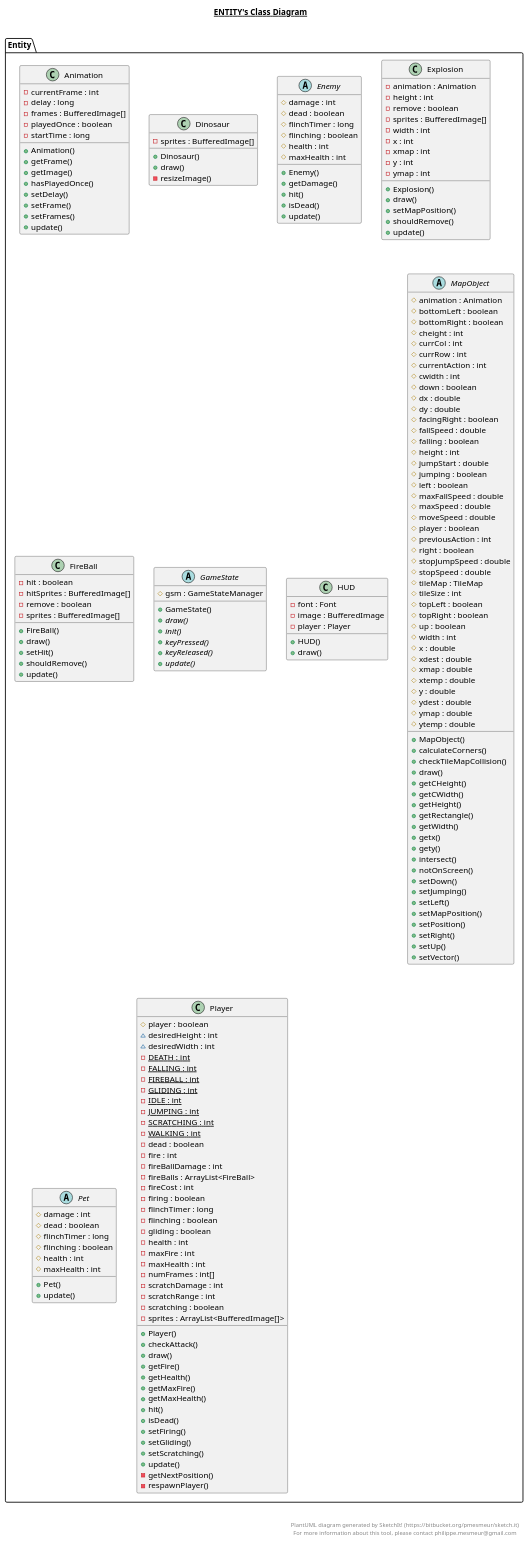
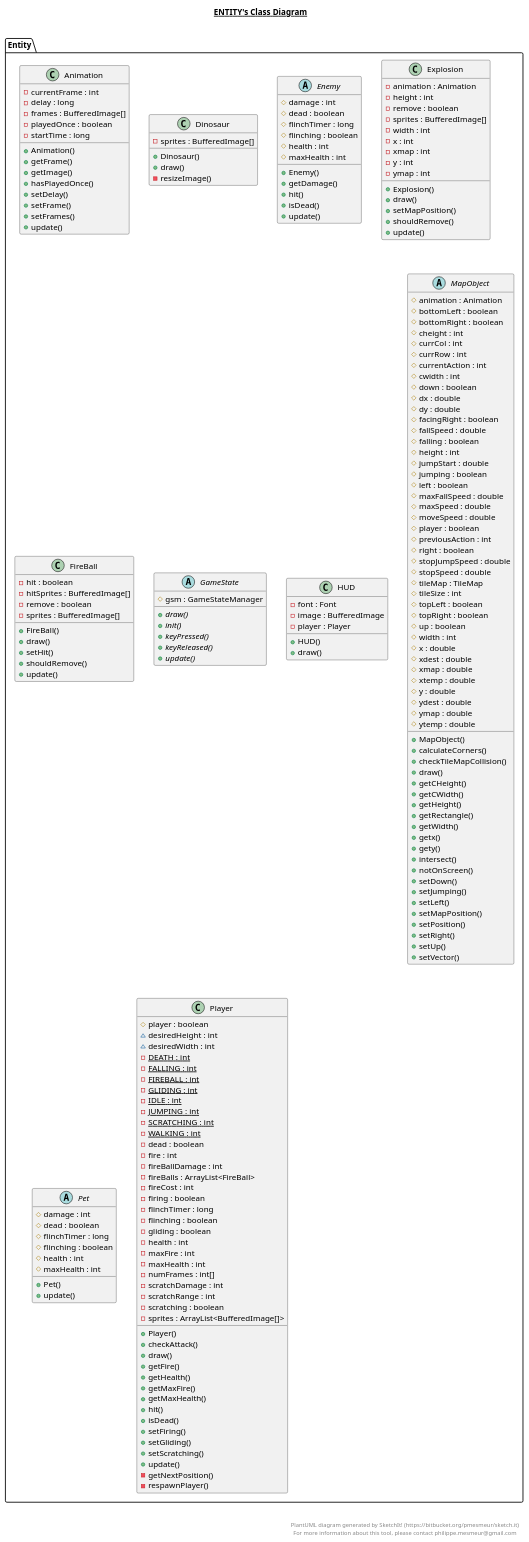
Before and after one commit to juliakoma/Java_VideoGame: the diagram in Game/bin/Entity/Entity.plantuml, drawn with PlantUML. The commit also changed 8 other files, not shown here.

```diff
--- a/Game/bin/Entity/Entity.plantuml
+++ b/Game/bin/Entity/Entity.plantuml
@@ -86,7 +86,6 @@
   namespace Entity {
     abstract class Entity.GameState {
         # gsm : GameStateManager
-        + GameState()
         {abstract} + draw()
         {abstract} + init()
         {abstract} + keyPressed()
```
